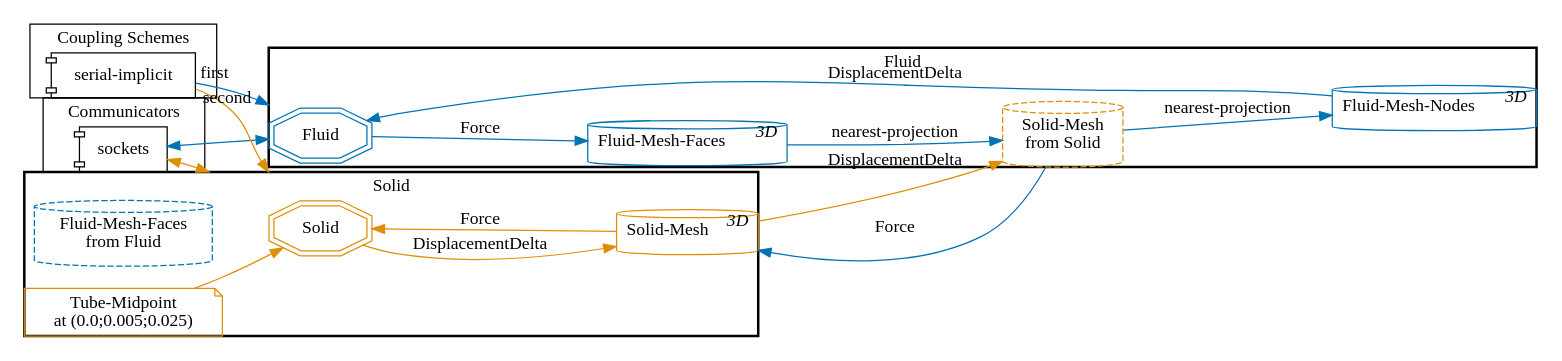
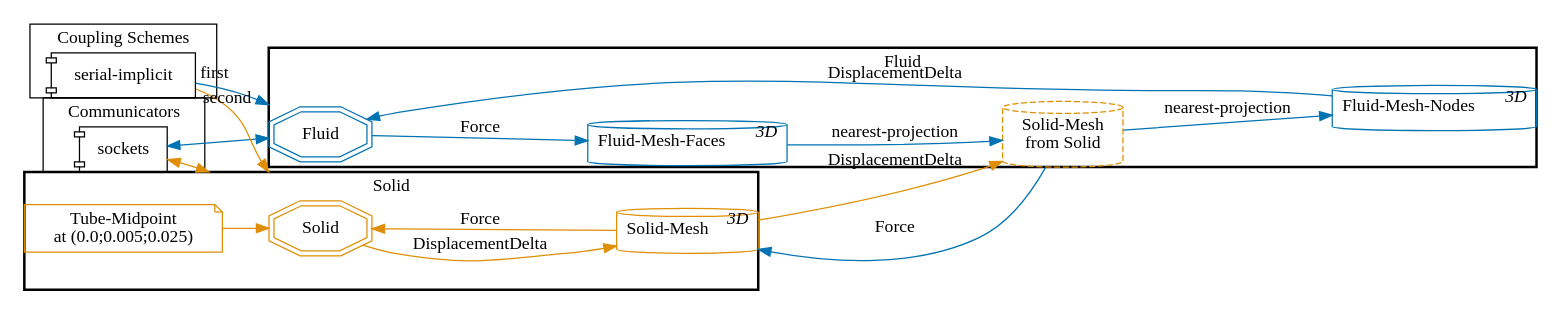
One commit to precice/tutorials changed the diagram in elastic-tube-3d/images/tutorials-elastic-tube-3d-precice-config.dot. Above: the diagram before and after it, drawn with Graphviz. The commit also changed 2 other files, not shown here.

Commit message:
Remove unused mesh from elastic-tube-3d

```diff
--- a/elastic-tube-3d/images/tutorials-elastic-tube-3d-precice-config.dot
+++ b/elastic-tube-3d/images/tutorials-elastic-tube-3d-precice-config.dot
@@ -1,52 +1,50 @@
 digraph G {
 compound=True;
 layout=dot;
 margin=0;
 overlap=scale;
 rankdir=LR;
 splines=true;
 subgraph cluster_m2n {
 label="Communicators";
 "m2n-Fluid-Solid" [label="sockets", shape=component];
 }
 
 subgraph cluster_cpl {
 label="Coupling Schemes";
 "cpl-Fluid-Solid" [label="serial-implicit", shape=component];
 }
 
 subgraph cluster_Fluid {
 label="Fluid";
 style=bold;
 "Fluid" [color="#0173B2", shape=doubleoctagon];
 "Fluid-Fluid-Mesh-Nodes" [color="#0173B2", label=<Fluid-Mesh-Nodes<SUP><I>3D</I></SUP>>, shape=cylinder];
 "Fluid-Fluid-Mesh-Faces" [color="#0173B2", label=<Fluid-Mesh-Faces<SUP><I>3D</I></SUP>>, shape=cylinder];
 "Fluid-Solid-Mesh" [color="#DE8F05", label="Solid-Mesh
 from Solid", shape=cylinder, style=dashed];
 "Fluid-Fluid-Mesh-Nodes" -> "Fluid"  [color="#0173B2", label="DisplacementDelta", tooltip=vector];
 "Fluid" -> "Fluid-Fluid-Mesh-Faces"  [color="#0173B2", label="Force", tooltip=vector];
 "Fluid-Fluid-Mesh-Faces" -> "Fluid-Solid-Mesh"  [color="#0173B2", label="nearest-projection"];
 "Fluid-Solid-Mesh" -> "Fluid-Fluid-Mesh-Nodes"  [color="#0173B2", label="nearest-projection"];
 }
 
 subgraph cluster_Solid {
 label="Solid";
 style=bold;
 "Solid" [color="#DE8F05", shape=doubleoctagon];
 "Solid-Solid-Mesh" [color="#DE8F05", label=<Solid-Mesh<SUP><I>3D</I></SUP>>, shape=cylinder];
-"Solid-Fluid-Mesh-Faces" [color="#0173B2", label="Fluid-Mesh-Faces
-from Fluid", shape=cylinder, style=dashed];
 "Solid-Solid-Mesh" -> "Solid"  [color="#DE8F05", label="Force", tooltip=vector];
 "Solid" -> "Solid-Solid-Mesh"  [color="#DE8F05", label="DisplacementDelta", tooltip=vector];
 "Solid-WP-Tube-Midpoint" [color="#DE8F05", label="Tube-Midpoint
 at (0.0;0.005;0.025)", shape=note];
 "Solid-WP-Tube-Midpoint" -> "Solid"  [color="#DE8F05"];
 }
 
 "m2n-Fluid-Solid" -> "Fluid"  [color="#0173B2", dir=both, lhead=cluster_Fluid];
 "m2n-Fluid-Solid" -> "Solid"  [color="#DE8F05", dir=both, lhead=cluster_Solid];
 "cpl-Fluid-Solid" -> "Fluid"  [color="#0173B2", lhead=cluster_Fluid, taillabel="first"];
 "cpl-Fluid-Solid" -> "Solid"  [color="#DE8F05", lhead=cluster_Solid, taillabel="second"];
 "Fluid-Solid-Mesh" -> "Solid-Solid-Mesh"  [color="#0173B2", label="Force", style="", tooltip=vector];
 "Solid-Solid-Mesh" -> "Fluid-Solid-Mesh"  [color="#DE8F05", label="DisplacementDelta", style="", tooltip=vector];
 }
```
